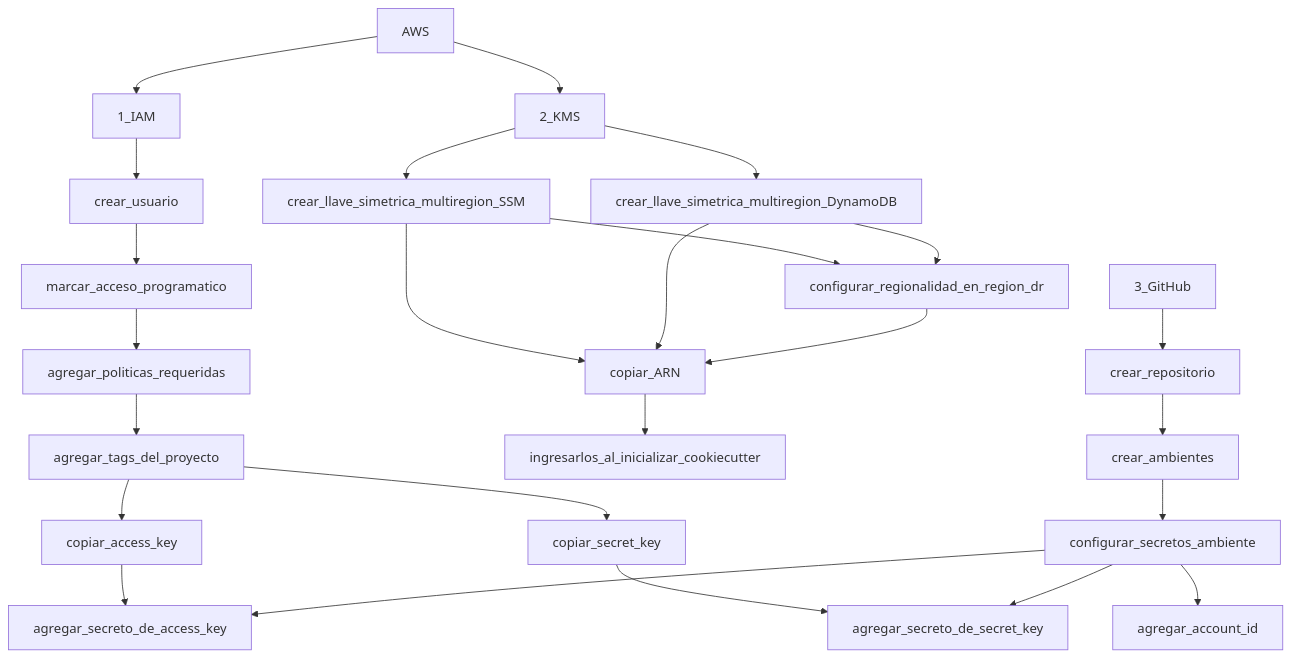
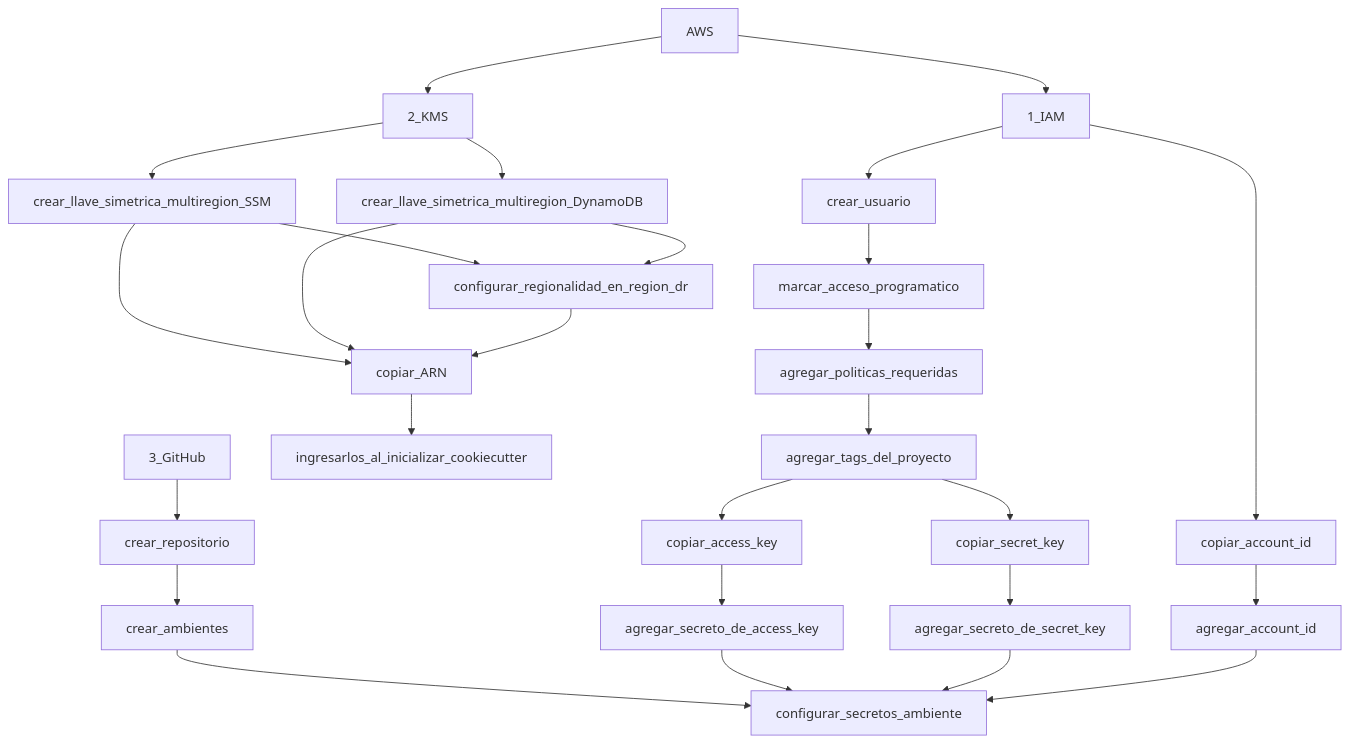
The diagram in README.md (spsmexico/aws_sam_github_quickstart_template), drawn with Mermaid before and after one commit.

Commit message:
docs: se detalla overview

````diff
--- a/README.md
+++ b/README.md
@@ -147,32 +147,34 @@
 ```mermaid
   graph TD;
 
 
       AWS-->1_IAM;
       1_IAM-->crear_usuario;
+      1_IAM-->copiar_account_id;
       crear_usuario-->marcar_acceso_programatico;
       marcar_acceso_programatico-->agregar_politicas_requeridas;
       agregar_politicas_requeridas-->agregar_tags_del_proyecto;
       agregar_tags_del_proyecto-->copiar_access_key;
       agregar_tags_del_proyecto-->copiar_secret_key;
-      
+      copiar_account_id-->agregar_account_id;
+
       AWS-->2_KMS;
       2_KMS-->crear_llave_simetrica_multiregion_SSM;
       crear_llave_simetrica_multiregion_SSM-->copiar_ARN;
       2_KMS-->crear_llave_simetrica_multiregion_DynamoDB;
       crear_llave_simetrica_multiregion_DynamoDB-->copiar_ARN;
       crear_llave_simetrica_multiregion_SSM-->configurar_regionalidad_en_region_dr;
       crear_llave_simetrica_multiregion_DynamoDB-->configurar_regionalidad_en_region_dr;
       configurar_regionalidad_en_region_dr-->copiar_ARN;
       copiar_ARN-->ingresarlos_al_inicializar_cookiecutter;    
 
       3_GitHub-->crear_repositorio;
       crear_repositorio-->crear_ambientes;
       crear_ambientes-->configurar_secretos_ambiente;
       copiar_access_key-->agregar_secreto_de_access_key;
       copiar_secret_key-->agregar_secreto_de_secret_key;
-      configurar_secretos_ambiente-->agregar_secreto_de_access_key;
-      configurar_secretos_ambiente-->agregar_secreto_de_secret_key;
-      configurar_secretos_ambiente-->agregar_account_id;
+      agregar_secreto_de_access_key-->configurar_secretos_ambiente;
+      agregar_secreto_de_secret_key-->configurar_secretos_ambiente;
+      agregar_account_id-->configurar_secretos_ambiente;
                 
 ```
````
